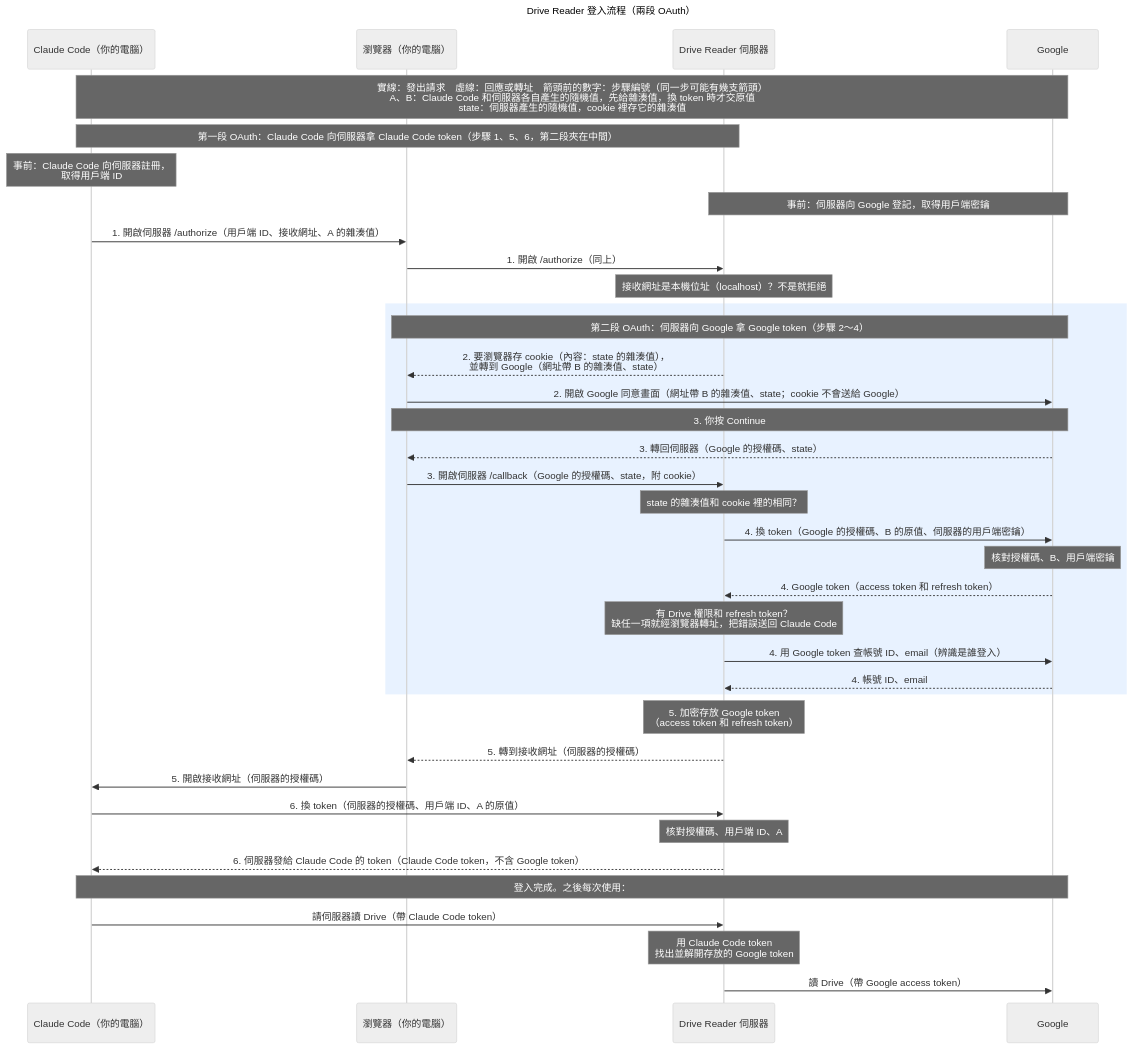
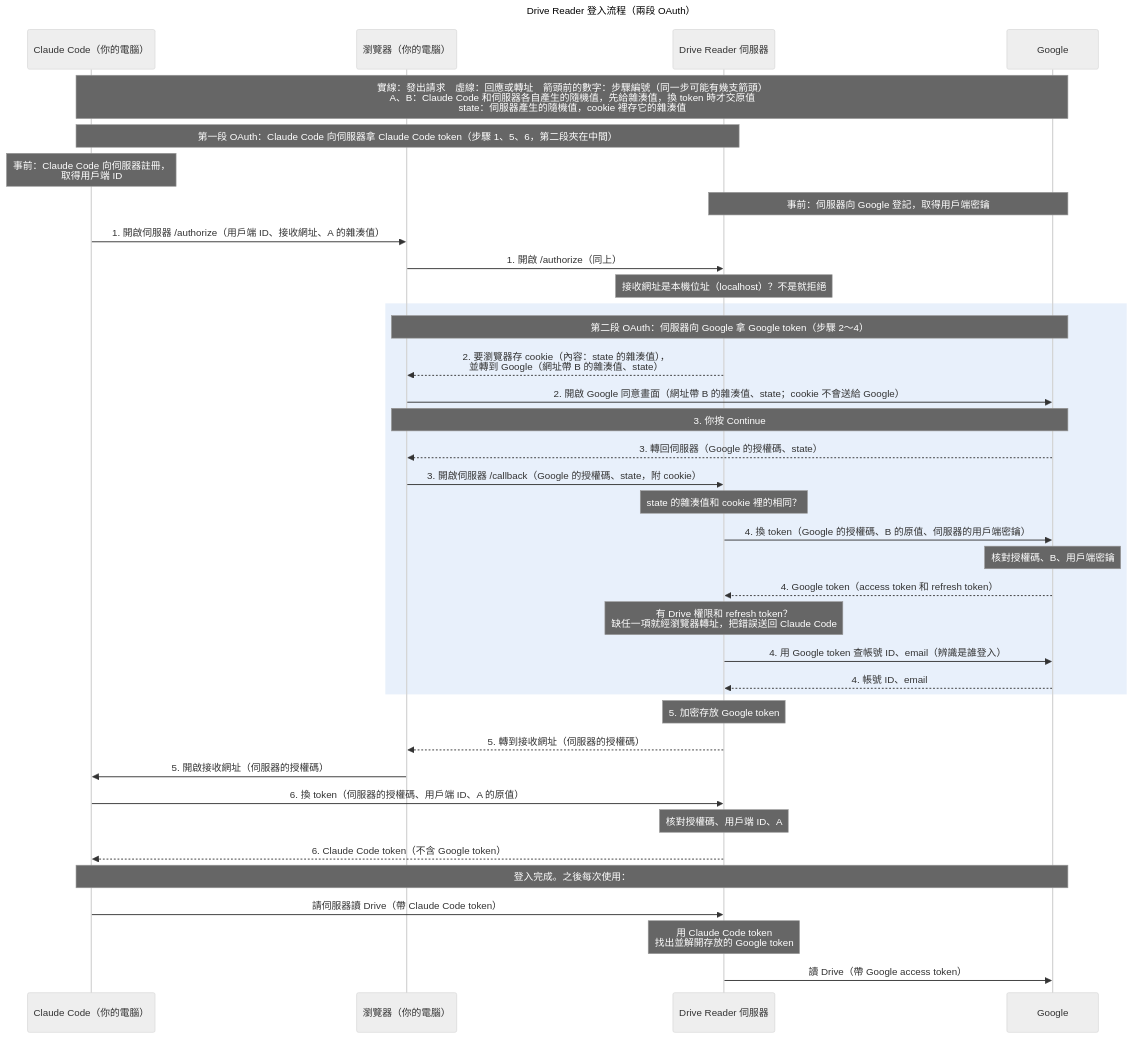
Before and after one commit to q33566/my_plugins: the diagram in docs/oauth-flow.md, drawn with Mermaid (neutral theme). The commit also changed other lines of this file and 3 other files, not shown here.

First line of the commit message:
Translate the architecture note to Chinese and cut repeated explanations

````diff
--- a/docs/oauth-flow.md
+++ b/docs/oauth-flow.md
@@ -65,43 +64,43 @@
 ```mermaid
 ---
 title: Drive Reader 登入流程（兩段 OAuth）
 ---
 sequenceDiagram
     participant CC as Claude Code（你的電腦）
     participant BR as 瀏覽器（你的電腦）
     participant SV as Drive Reader 伺服器
     participant GG as Google
 
     Note over CC,GG: 實線：發出請求　虛線：回應或轉址　箭頭前的數字：步驟編號（同一步可能有幾支箭頭）<br/>A、B：Claude Code 和伺服器各自產生的隨機值，先給雜湊值，換 token 時才交原值<br/>state：伺服器產生的隨機值，cookie 裡存它的雜湊值
     Note over CC,SV: 第一段 OAuth：Claude Code 向伺服器拿 Claude Code token（步驟 1、5、6，第二段夾在中間）
     Note over CC: 事前：Claude Code 向伺服器註冊，<br/>取得用戶端 ID
     Note over SV,GG: 事前：伺服器向 Google 登記，取得用戶端密鑰
     CC->>BR: 1. 開啟伺服器 /authorize（用戶端 ID、接收網址、A 的雜湊值）
     BR->>SV: 1. 開啟 /authorize（同上）
     Note over SV: 接收網址是本機位址（localhost）？不是就拒絕
-    rect rgb(232, 242, 255)
+    rect rgba(70, 130, 220, 0.12)
     Note over BR,GG: 第二段 OAuth：伺服器向 Google 拿 Google token（步驟 2～4）
     SV-->>BR: 2. 要瀏覽器存 cookie（內容：state 的雜湊值），<br/>並轉到 Google（網址帶 B 的雜湊值、state）
     BR->>GG: 2. 開啟 Google 同意畫面（網址帶 B 的雜湊值、state；cookie 不會送給 Google）
     Note over BR,GG: 3. 你按 Continue
     GG-->>BR: 3. 轉回伺服器（Google 的授權碼、state）
     BR->>SV: 3. 開啟伺服器 /callback（Google 的授權碼、state，附 cookie）
     Note over SV: state 的雜湊值和 cookie 裡的相同？
     SV->>GG: 4. 換 token（Google 的授權碼、B 的原值、伺服器的用戶端密鑰）
     Note over GG: 核對授權碼、B、用戶端密鑰
     GG-->>SV: 4. Google token（access token 和 refresh token）
     Note over SV: 有 Drive 權限和 refresh token？<br/>缺任一項就經瀏覽器轉址，把錯誤送回 Claude Code
     SV->>GG: 4. 用 Google token 查帳號 ID、email（辨識是誰登入）
     GG-->>SV: 4. 帳號 ID、email
     end
-    Note over SV: 5. 加密存放 Google token<br/>（access token 和 refresh token）
+    Note over SV: 5. 加密存放 Google token
     SV-->>BR: 5. 轉到接收網址（伺服器的授權碼）
     BR->>CC: 5. 開啟接收網址（伺服器的授權碼）
     CC->>SV: 6. 換 token（伺服器的授權碼、用戶端 ID、A 的原值）
     Note over SV: 核對授權碼、用戶端 ID、A
-    SV-->>CC: 6. 伺服器發給 Claude Code 的 token（Claude Code token，不含 Google token）
+    SV-->>CC: 6. Claude Code token（不含 Google token）
     Note over CC,GG: 登入完成。之後每次使用：
     CC->>SV: 請伺服器讀 Drive（帶 Claude Code token）
     Note over SV: 用 Claude Code token<br/>找出並解開存放的 Google token
     SV->>GG: 讀 Drive（帶 Google access token）
 ```
````
